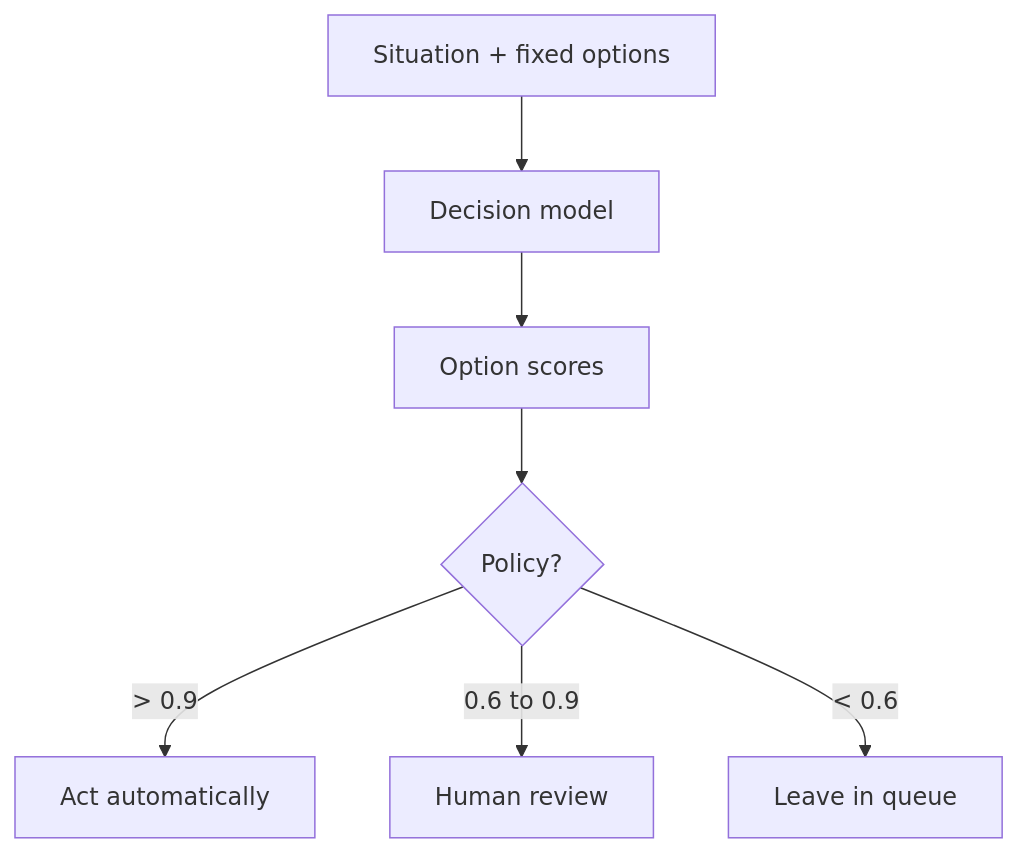
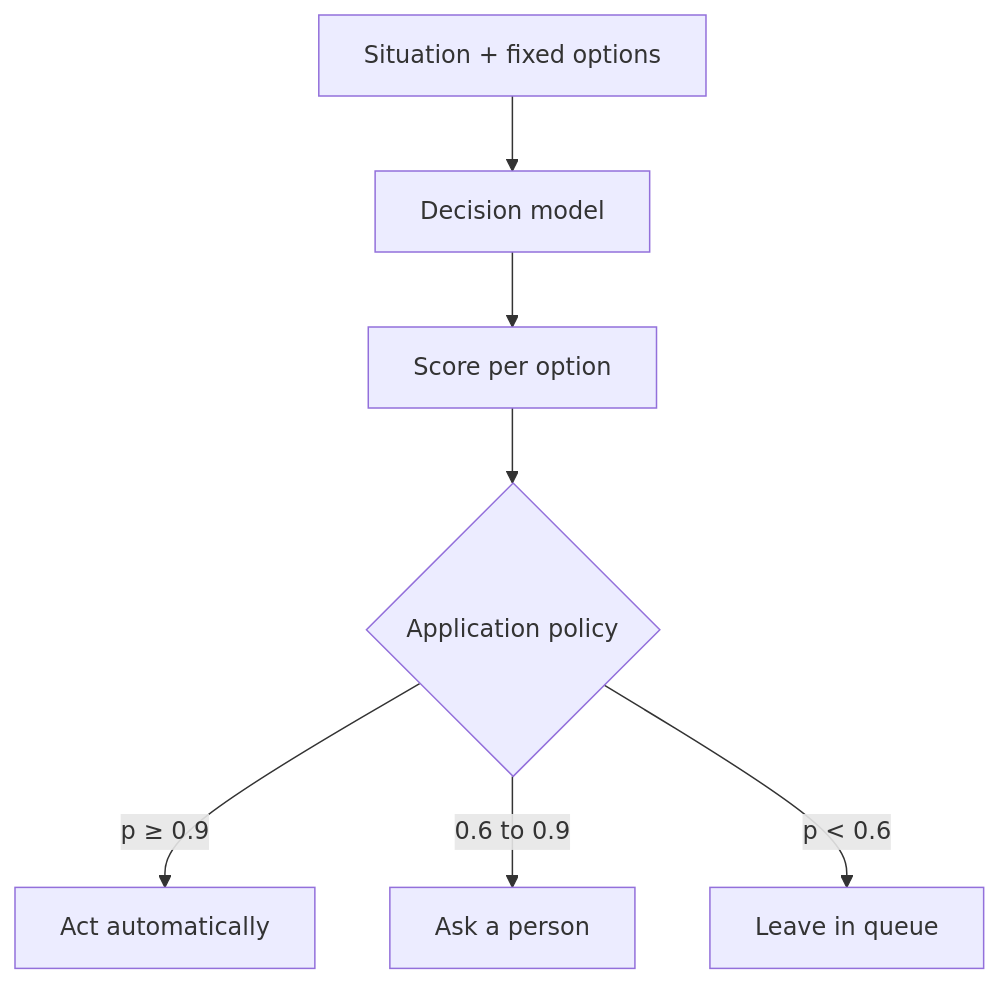
One commit to ragmha/raghib.io changed the first of 2 diagrams in src/content/writing/decide-cheaply-generate-carefully.mdx. Above: the diagram before and after it, drawn with Mermaid. The commit also changed other lines of this file and 54 other files, not shown here.

````diff
--- a/src/content/writing/decide-cheaply-generate-carefully.mdx
+++ b/src/content/writing/decide-cheaply-generate-carefully.mdx
@@ -69,11 +119,11 @@
 ```mermaid
 flowchart TD
     accTitle: How a decision score becomes an action
-    accDescr: A decision model scores fixed options, then an example application policy routes high scores to automatic action, middle scores to human review, and low scores back to the queue.
+    accDescr: A decision model scores fixed options, then an application policy sends high scores to automatic action, middle scores to a person, and low scores back to the normal queue.
     situation["Situation + fixed options"] --> model["Decision model"]
-    model --> scores["Option scores"]
-    scores --> policy{"Policy?"}
-    policy -->|"> 0.9"| act["Act automatically"]
-    policy -->|0.6 to 0.9| review["Human review"]
-    policy -->|"< 0.6"| queue["Leave in queue"]
+    model --> scores["Score per option"]
+    scores --> policy{"Application policy"}
+    policy -->|"p ≥ 0.9"| act["Act automatically"]
+    policy -->|"0.6 to 0.9"| review["Ask a person"]
+    policy -->|"p < 0.6"| queue["Leave in queue"]
 ```
````
